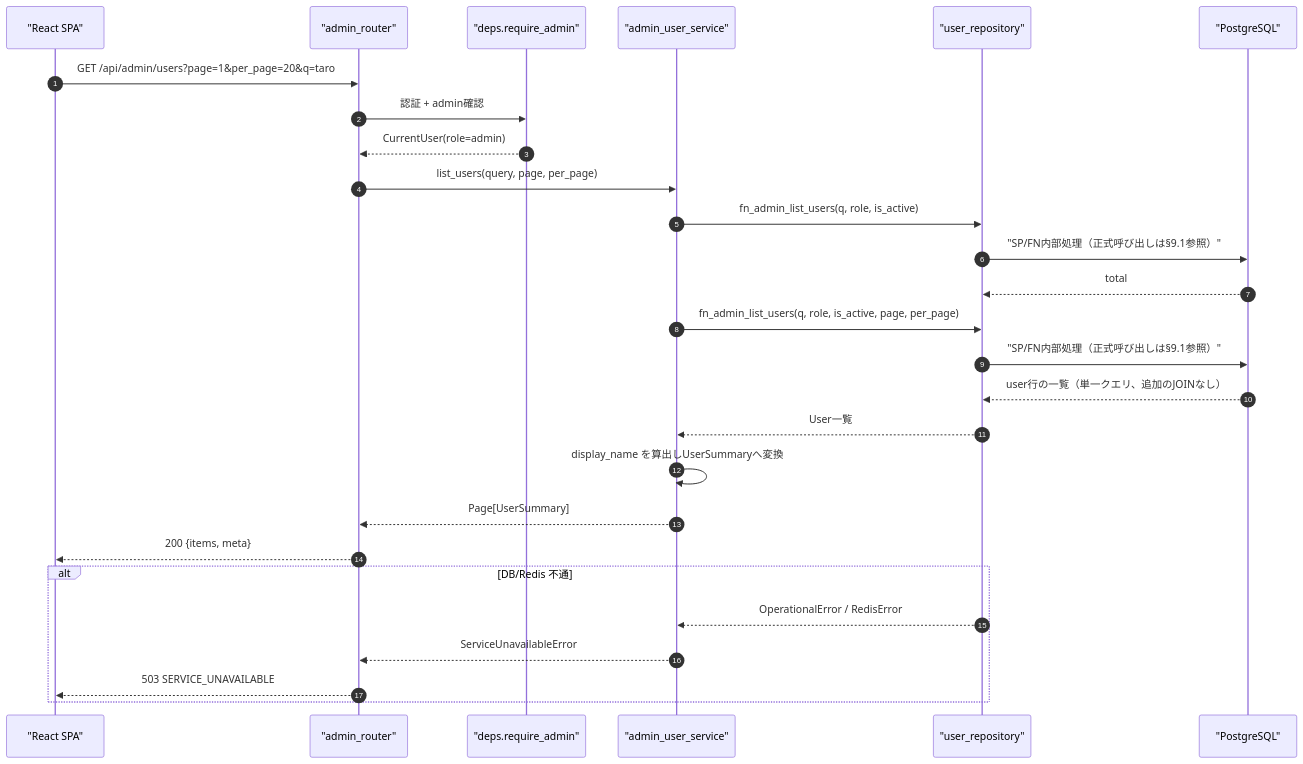
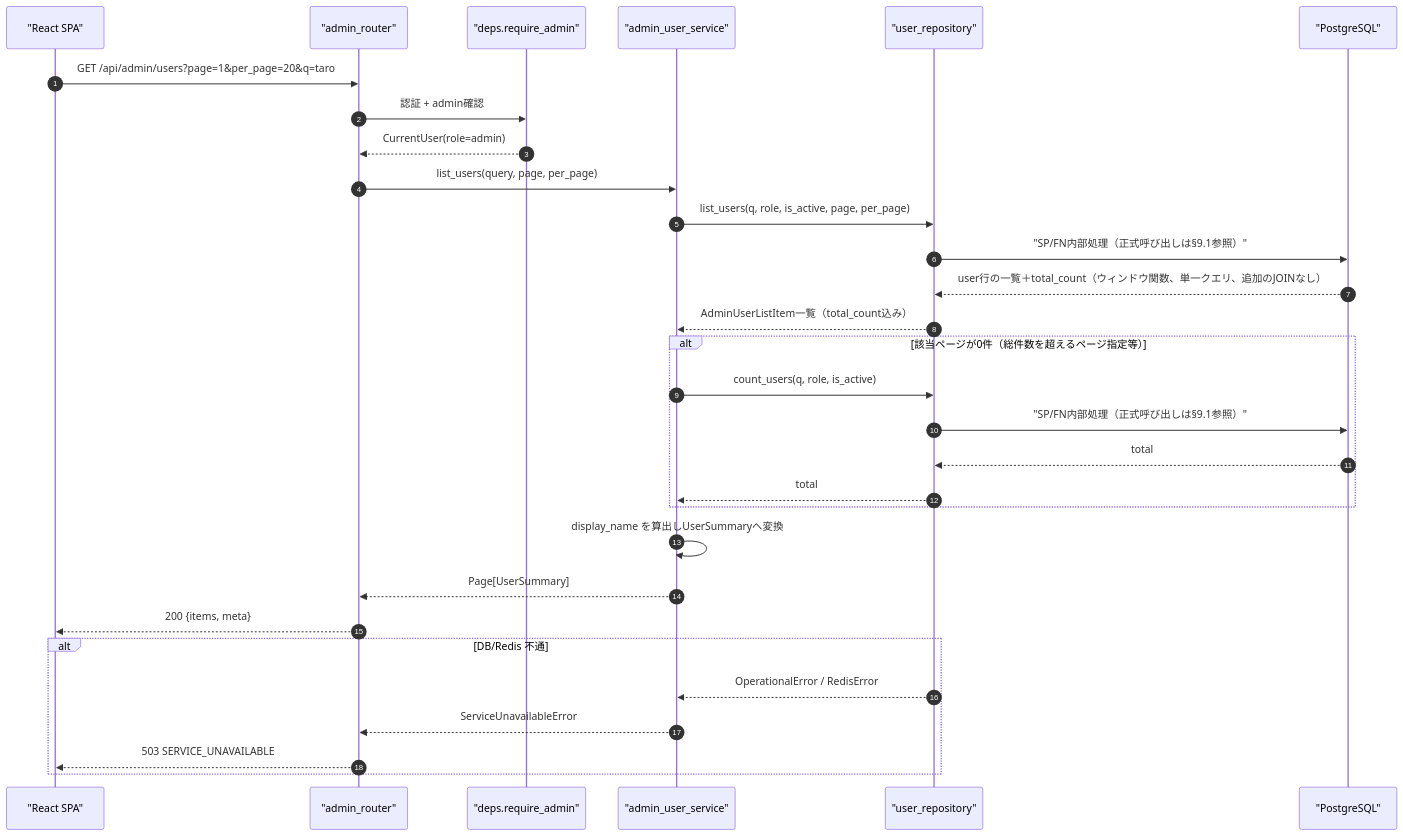
The first of 4 diagrams in docs/detailed_design/api/admin/01_get_admin_users.md (oikawa-d/task_management), drawn with Mermaid before and after one commit. The commit also changed other lines of this file and 28 other files, not shown here.

First line of the commit message:
fix: #347レビュー対応（total_count・監査ログ・SP1回呼び出し・RedisError限定）

````diff
--- a/docs/detailed_design/api/admin/01_get_admin_users.md
+++ b/docs/detailed_design/api/admin/01_get_admin_users.md
@@ -97,30 +97,33 @@
 ```mermaid
 sequenceDiagram
     autonumber
     participant FE as "React SPA"
     participant R as "admin_router"
     participant D as "deps.require_admin"
     participant S as "admin_user_service"
     participant RP as "user_repository"
     participant PG as "PostgreSQL"
 
     FE->>R: GET /api/admin/users?page=1&per_page=20&q=taro
     R->>D: 認証 + admin確認
     D-->>R: CurrentUser(role=admin)
     R->>S: list_users(query, page, per_page)
-    S->>RP: fn_admin_list_users(q, role, is_active)
+    S->>RP: list_users(q, role, is_active, page, per_page)
     RP->>PG: "SP/FN内部処理（正式呼び出しは§9.1参照）"
-    PG-->>RP: total
-    S->>RP: fn_admin_list_users(q, role, is_active, page, per_page)
-    RP->>PG: "SP/FN内部処理（正式呼び出しは§9.1参照）"
-    PG-->>RP: user行の一覧（単一クエリ、追加のJOINなし）
-    RP-->>S: User一覧
+    PG-->>RP: user行の一覧＋total_count（ウィンドウ関数、単一クエリ、追加のJOINなし）
+    RP-->>S: AdminUserListItem一覧（total_count込み）
+    alt 該当ページが0件（総件数を超えるページ指定等）
+        S->>RP: count_users(q, role, is_active)
+        RP->>PG: "SP/FN内部処理（正式呼び出しは§9.1参照）"
+        PG-->>RP: total
+        RP-->>S: total
+    end
     S->>S: display_name を算出しUserSummaryへ変換
     S-->>R: Page[UserSummary]
     R-->>FE: 200 {items, meta}
     alt DB/Redis 不通
         RP-->>S: OperationalError / RedisError
         S-->>R: ServiceUnavailableError
         R-->>FE: 503 SERVICE_UNAVAILABLE
     end
 ```
````
